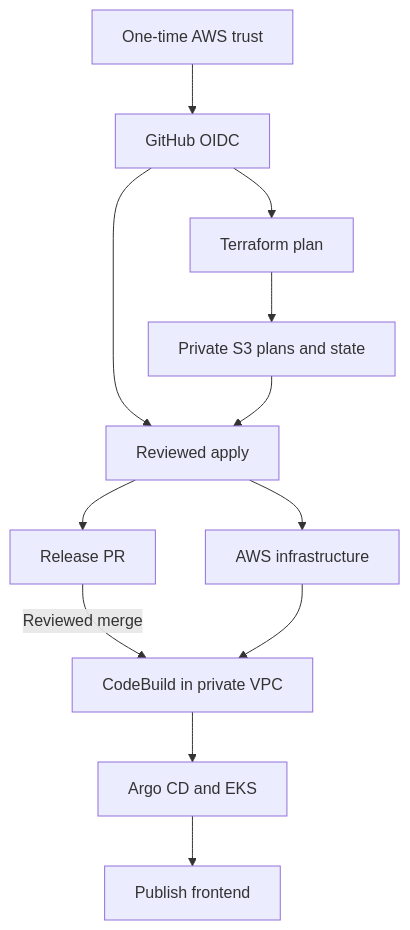
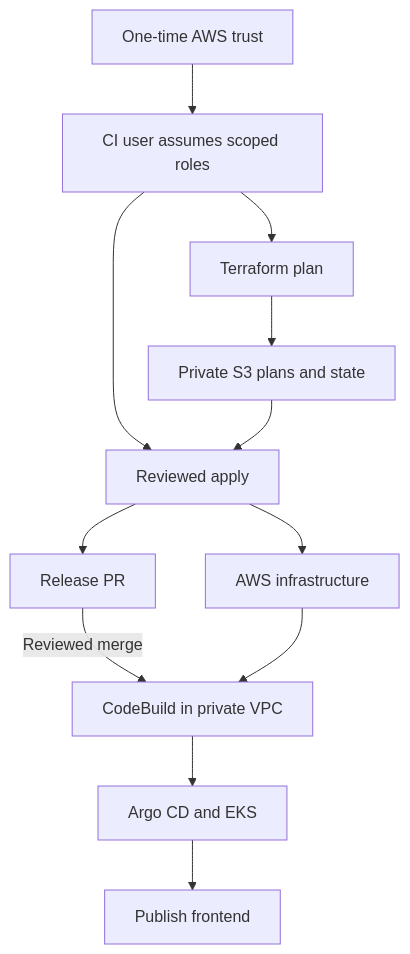
Before and after one commit to bawantha395/workshop-stock-management-system-mlops: the diagram in docs/PIPELINE_SETUP.md, drawn with Mermaid. The commit also changed other lines of this file and 36 other files, not shown here.

First line of the commit message:
feat: Introduce support for GitHub authentication modes (OIDC and access-key)

````diff
--- a/docs/PIPELINE_SETUP.md
+++ b/docs/PIPELINE_SETUP.md
@@ -27,14 +52,14 @@
 ```mermaid
 flowchart TD
-    O["One-time AWS trust"] --> I["GitHub OIDC"]
+    O["One-time AWS trust"] --> I["CI user assumes scoped roles"]
     I --> P["Terraform plan"]
     I --> A["Reviewed apply"]
     P --> S["Private S3 plans and state"]
     S --> A
     A --> W["AWS infrastructure"]
     A --> R["Release PR"]
     R -->|Reviewed merge| B["CodeBuild in private VPC"]
     W --> B
     B --> K["Argo CD and EKS"]
     K --> F["Publish frontend"]
 ```
````
